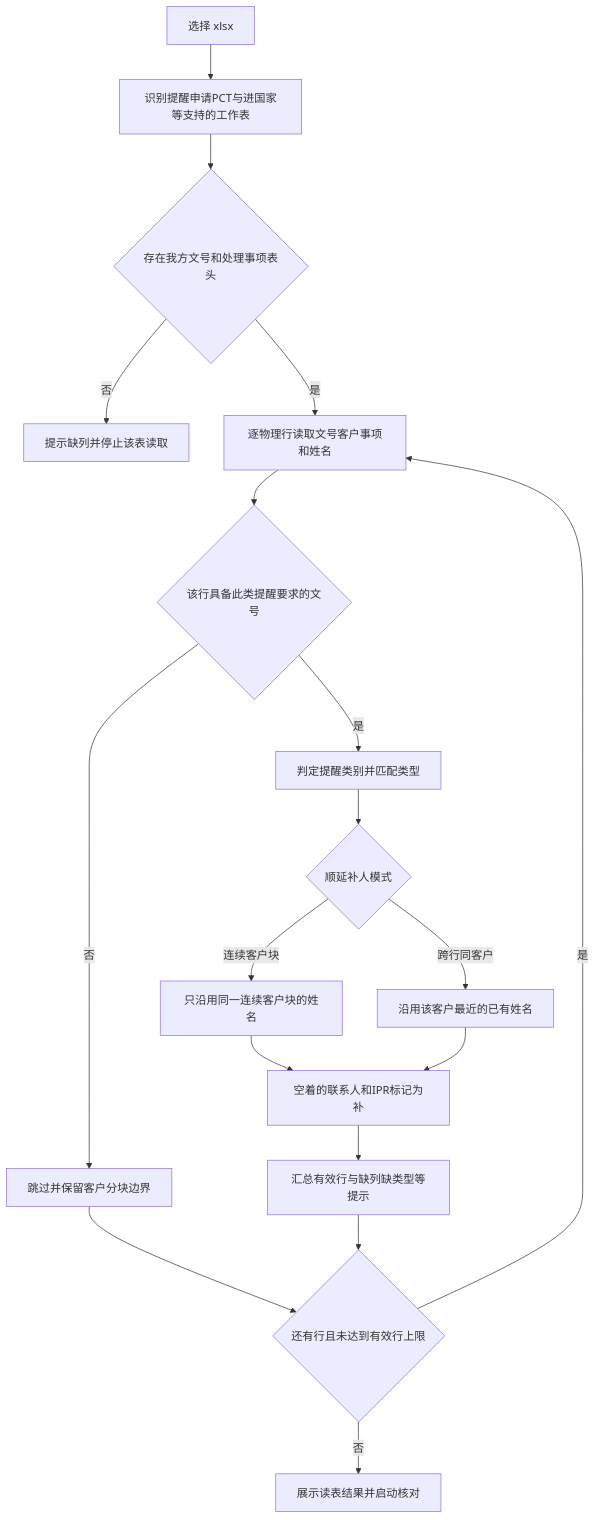
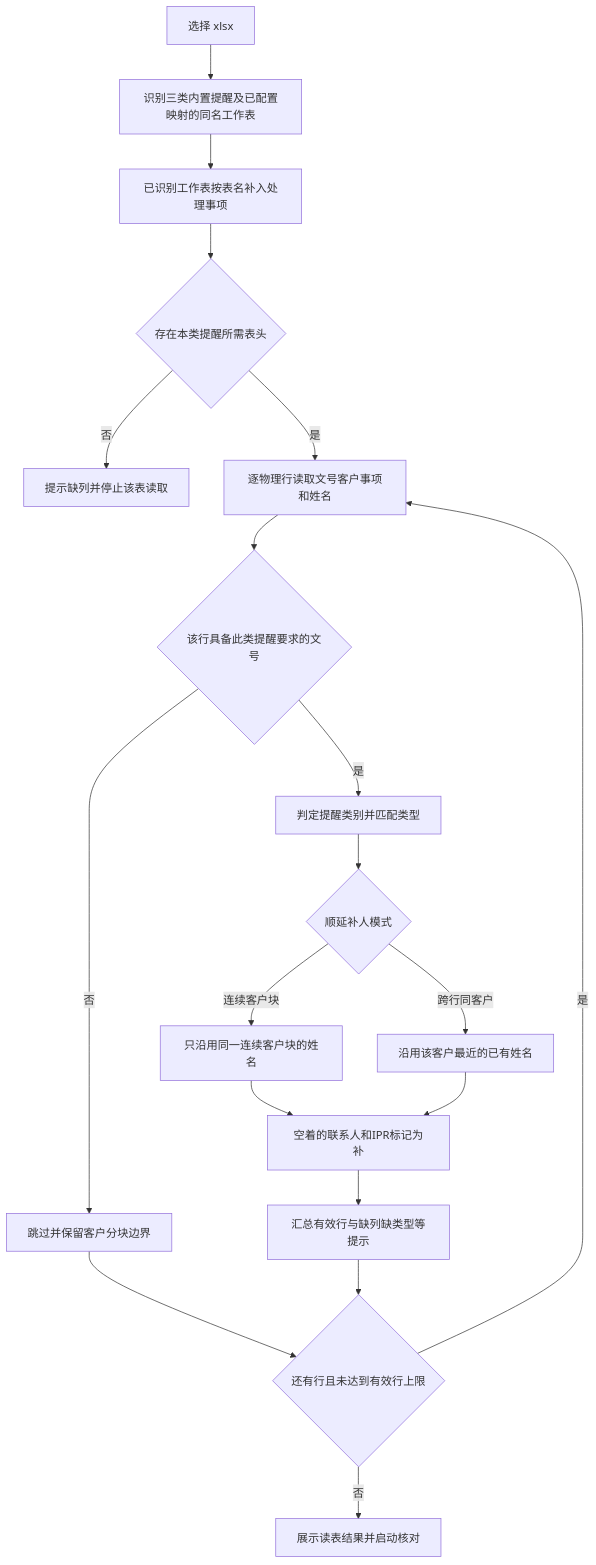
The second of 11 diagrams in patmail-extension/docs/workflows/PCT提醒.md (haohaizi233/patmail), drawn with Mermaid before and after one commit. The commit also changed other lines of this file and 12 other files, not shown here.

````diff
--- a/patmail-extension/docs/workflows/PCT提醒.md
+++ b/patmail-extension/docs/workflows/PCT提醒.md
@@ -57,25 +58,26 @@
 ```mermaid
 flowchart TD
-  A[选择 xlsx] --> B[识别提醒申请PCT与进国家等支持的工作表]
-  B --> C{存在我方文号和处理事项表头}
+  A[选择 xlsx] --> B[识别三类内置提醒及已配置映射的同名工作表]
+  B --> B1[已识别工作表按表名补入处理事项]
+  B1 --> C{存在本类提醒所需表头}
   C -->|否| X[提示缺列并停止该表读取]
   C -->|是| D[逐物理行读取文号客户事项和姓名]
   D --> E{该行具备此类提醒要求的文号}
   E -->|否| F[跳过并保留客户分块边界]
   E -->|是| G[判定提醒类别并匹配类型]
   G --> H{顺延补人模式}
   H -->|连续客户块| I[只沿用同一连续客户块的姓名]
   H -->|跨行同客户| J[沿用该客户最近的已有姓名]
   I --> K[空着的联系人和IPR标记为补]
   J --> K
   K --> L[汇总有效行与缺列缺类型等提示]
   F --> M{还有行且未达到有效行上限}
   L --> M
   M -->|是| D
   M -->|否| N[展示读表结果并启动核对]
   class A pmStep
   class C,E,H,M pmDecision
   class N pmSuccess
   class F,K,L pmWarning
   class X pmStop
 ```
````
